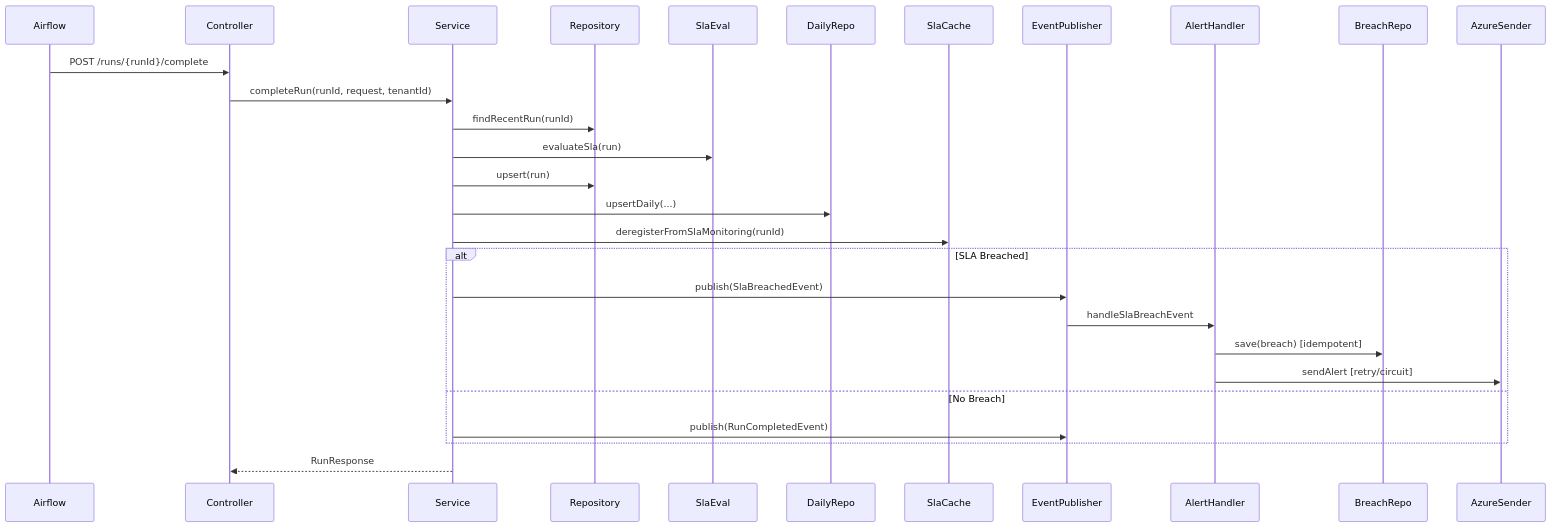
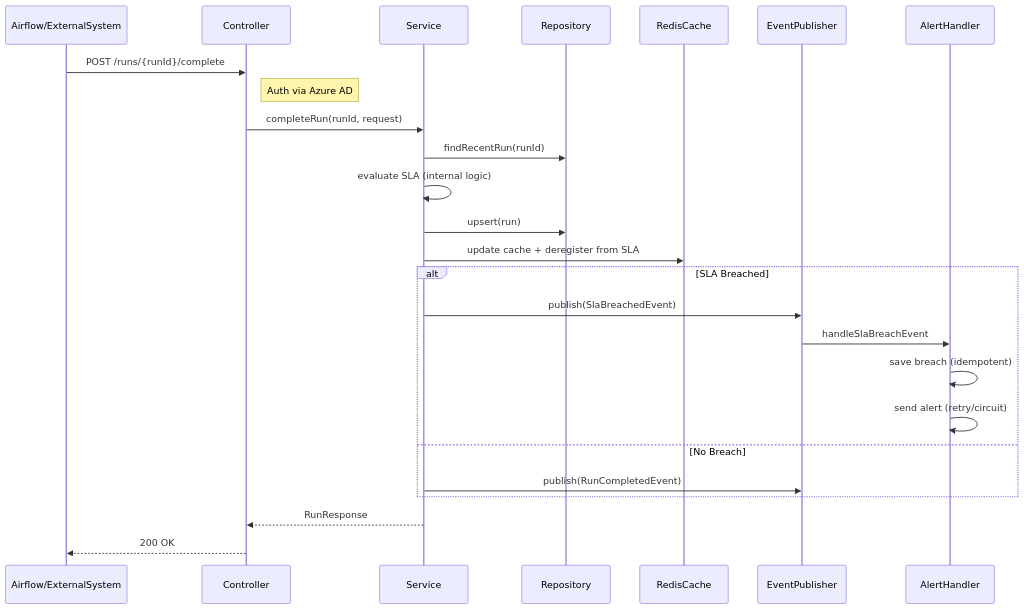
The seventh of 13 diagrams in tech_spec_gk.md (soopersk/data-service), drawn with Mermaid before and after one commit. The commit also changed other lines of this file, not shown here.

````diff
--- a/tech_spec_gk.md
+++ b/tech_spec_gk.md
@@ -212,29 +337,33 @@
 ```mermaid
 sequenceDiagram
-    participant Airflow
+    participant Airflow/ExternalSystem
     participant Controller
     participant Service
     participant Repository
-    participant SlaEval
-    participant DailyRepo
-    participant SlaCache
+    participant RedisCache
     participant EventPublisher
     participant AlertHandler
 
-    Airflow->>Controller: POST /runs/{runId}/complete
-    Controller->>Service: completeRun(runId, request, tenantId)
+    Airflow/ExternalSystem->>Controller: POST /runs/{runId}/complete
+    Note right of Controller: Auth via Azure AD
+    Controller->>Service: completeRun(runId, request)
     Service->>Repository: findRecentRun(runId)
-    Service->>SlaEval: evaluateSla(run)
+    Service->>Service: evaluate SLA (internal logic)
     Service->>Repository: upsert(run)
-    Service->>DailyRepo: upsertDaily(...)
-    Service->>SlaCache: deregisterFromSlaMonitoring(runId)
+
+    Service->>RedisCache: update cache + deregister from SLA
+
     alt SLA Breached
         Service->>EventPublisher: publish(SlaBreachedEvent)
         EventPublisher->>AlertHandler: handleSlaBreachEvent
-        AlertHandler->>BreachRepo: save(breach) [idempotent]
-        AlertHandler->>AzureSender: sendAlert [retry/circuit]
+        AlertHandler->>AlertHandler: save breach (idempotent)
+        AlertHandler->>AlertHandler: send alert (retry/circuit)
     else No Breach
         Service->>EventPublisher: publish(RunCompletedEvent)
     end
+
     Service-->>Controller: RunResponse
+    Controller-->>Airflow/ExternalSystem: 200 OK
+
+
 ```
````
